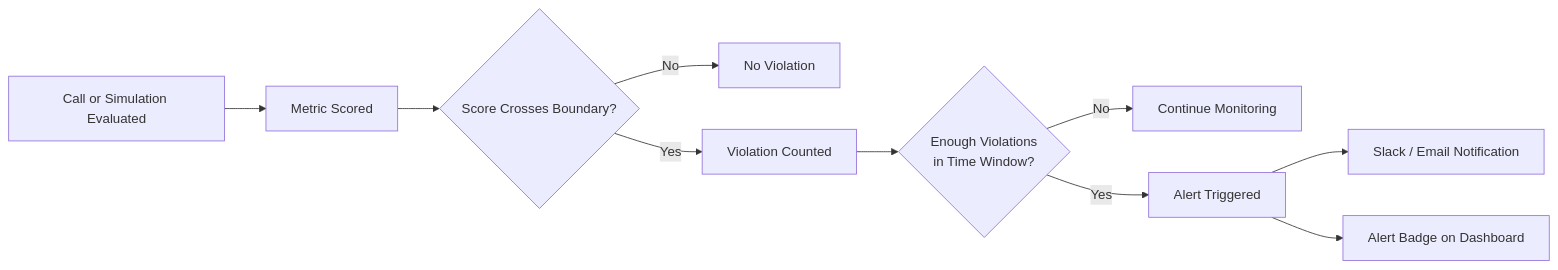
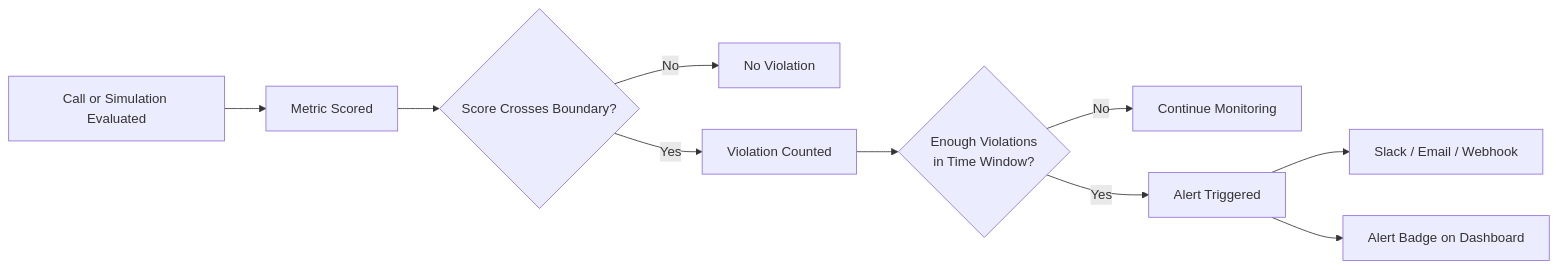
Before and after one commit to bluejay-ai-dev/docs: the diagram in key-concepts/alerts/overview.mdx, drawn with Mermaid. The commit also changed other lines of this file and 5 other files, not shown here.

````diff
--- a/key-concepts/alerts/overview.mdx
+++ b/key-concepts/alerts/overview.mdx
@@ -20,12 +20,12 @@
 ```mermaid
 flowchart LR
     Eval[Call or Simulation Evaluated] --> Score[Metric Scored]
     Score --> Cross{Score Crosses Boundary?}
     Cross -->|No| OK[No Violation]
     Cross -->|Yes| Count[Violation Counted]
     Count --> Window{"Enough Violations\nin Time Window?"}
     Window -->|No| Wait[Continue Monitoring]
     Window -->|Yes| Fire[Alert Triggered]
-    Fire --> Notify[Slack / Email Notification]
+    Fire --> Notify[Slack / Email / Webhook]
     Fire --> Badge[Alert Badge on Dashboard]
 ```
````
